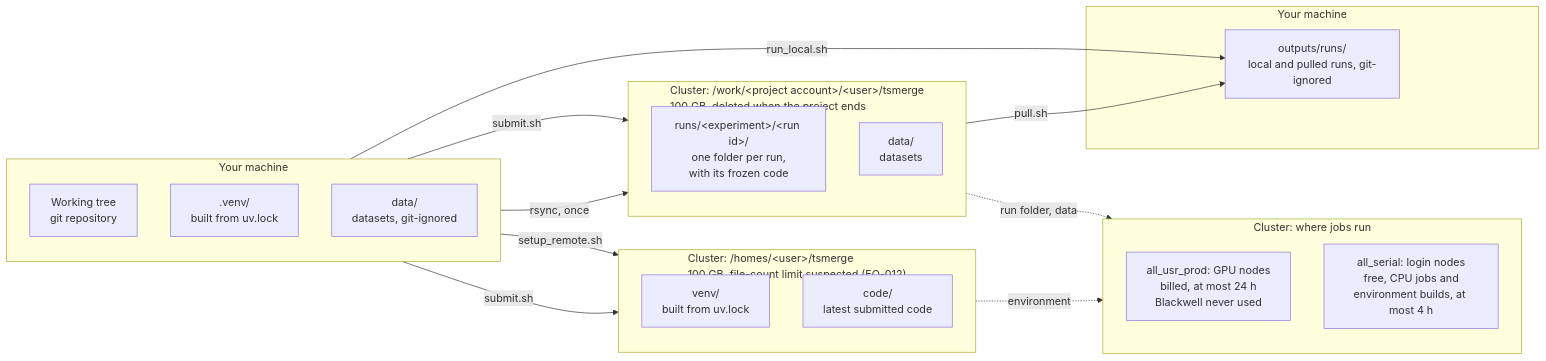
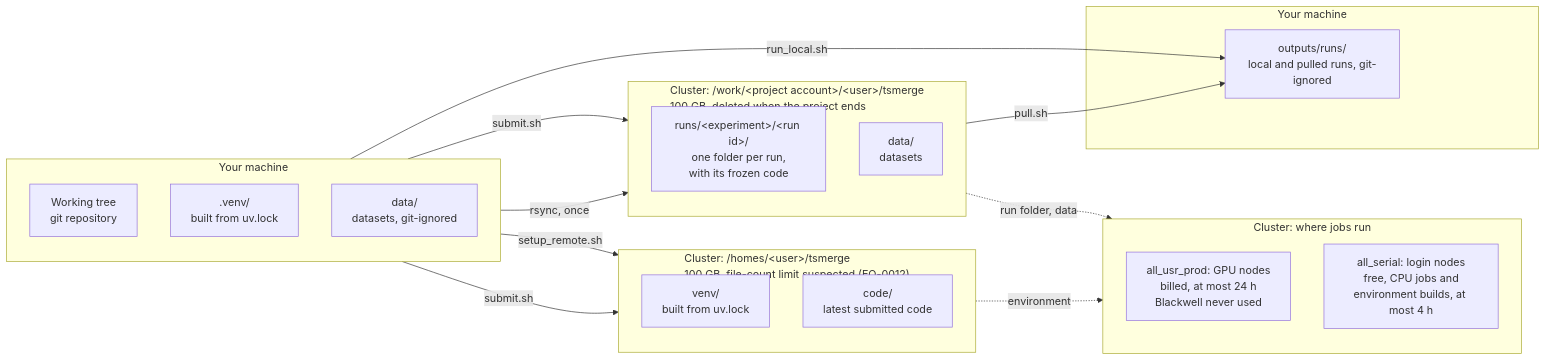
Before and after one commit to daliran/tsmerge: the diagram in docs/engineering/assets/machines-and-storage.mmd, drawn with Mermaid. The commit also changed 131 other files, not shown here.

```diff
--- a/docs/engineering/assets/machines-and-storage.mmd
+++ b/docs/engineering/assets/machines-and-storage.mmd
@@ -1,40 +1,40 @@
 %% Where code, environments, runs and data live, and which script moves them.
 %% Left: your machine; middle: the cluster; right: what comes back. Shown in docs/engineering/running.md.
 flowchart LR
   subgraph local["Your machine"]
     direction TB
     tree["Working tree<br/>git repository"]
     venvL[".venv/<br/>built from uv.lock"]
     dataL["data/<br/>datasets, git-ignored"]
   end
 
-  subgraph homes["Cluster: /homes/&lt;user&gt;/tsmerge<br/>100 GB, file-count limit suspected (EQ-012)"]
+  subgraph homes["Cluster: /homes/&lt;user&gt;/tsmerge<br/>100 GB, file-count limit suspected (EQ-0012)"]
     direction TB
     venvC["venv/<br/>built from uv.lock"]
     mirror["code/<br/>latest submitted code"]
   end
 
   subgraph work["Cluster: /work/&lt;project account&gt;/&lt;user&gt;/tsmerge<br/>100 GB, deleted when the project ends"]
     direction TB
     runs["runs/&lt;experiment&gt;/&lt;run id&gt;/<br/>one folder per run,<br/>with its frozen code"]
     dataC["data/<br/>datasets"]
   end
 
   subgraph compute["Cluster: where jobs run"]
     direction TB
     gpu["all_usr_prod: GPU nodes<br/>billed, at most 24 h<br/>Blackwell never used"]
     serial["all_serial: login nodes<br/>free, CPU jobs and<br/>environment builds, at most 4 h"]
   end
 
   subgraph back["Your machine"]
     outL["outputs/runs/<br/>local and pulled runs, git-ignored"]
   end
 
   tree -- "setup_remote.sh" --> venvC
   tree -- "submit.sh" --> mirror
   tree -- "submit.sh" --> runs
   dataL -- "rsync, once" --> dataC
   homes -. "environment" .-> compute
   work -. "run folder, data" .-> compute
   runs -- "pull.sh" --> outL
   tree -- "run_local.sh" --> outL
```
